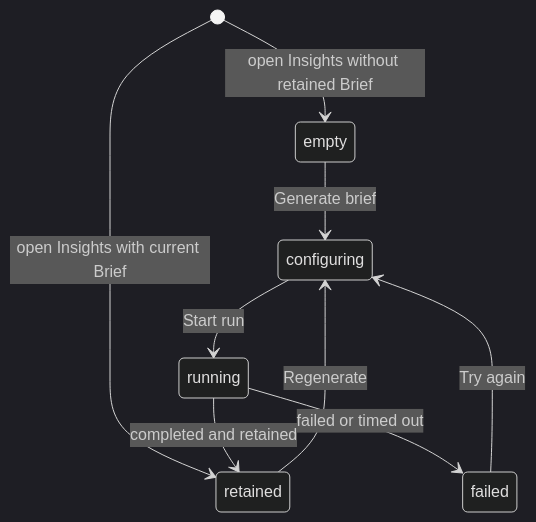
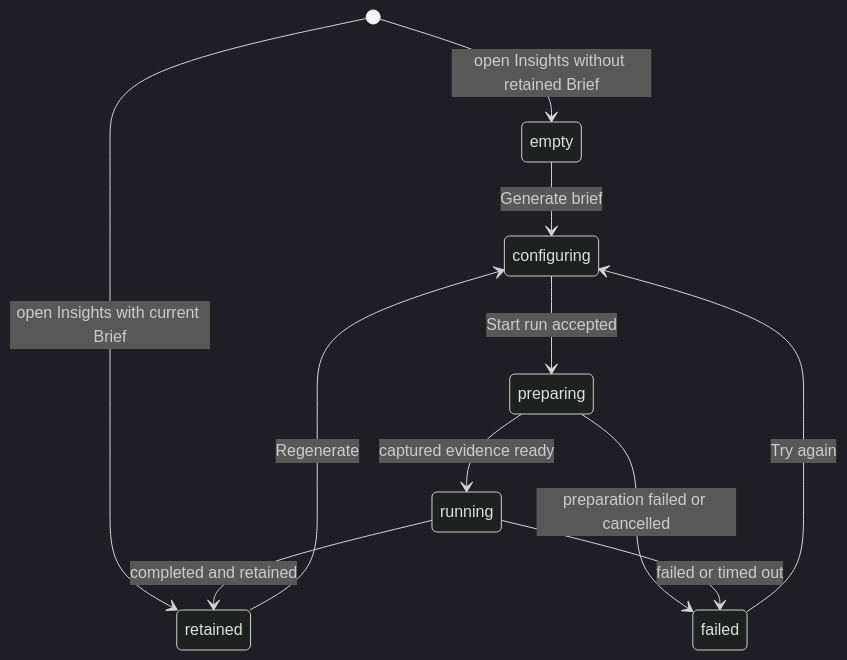
Before and after one commit to kwanpham2195/patchdesk: the diagram in docs/product-description/review-workbench/brief.md, drawn with Mermaid (dark theme). The commit also changed other lines of this file and 30 other files, not shown here.

````diff
--- a/docs/product-description/review-workbench/brief.md
+++ b/docs/product-description/review-workbench/brief.md
@@ -13,11 +13,13 @@
 ```mermaid
 stateDiagram-v2
     [*] --> empty : open Insights without retained Brief
     [*] --> retained : open Insights with current Brief
     empty --> configuring : Generate brief
     retained --> configuring : Regenerate
-    configuring --> running : Start run
+    configuring --> preparing : Start run accepted
+    preparing --> running : captured evidence ready
+    preparing --> failed : preparation failed or cancelled
     running --> retained : completed and retained
     running --> failed : failed or timed out
     failed --> configuring : Try again
 ```
````
